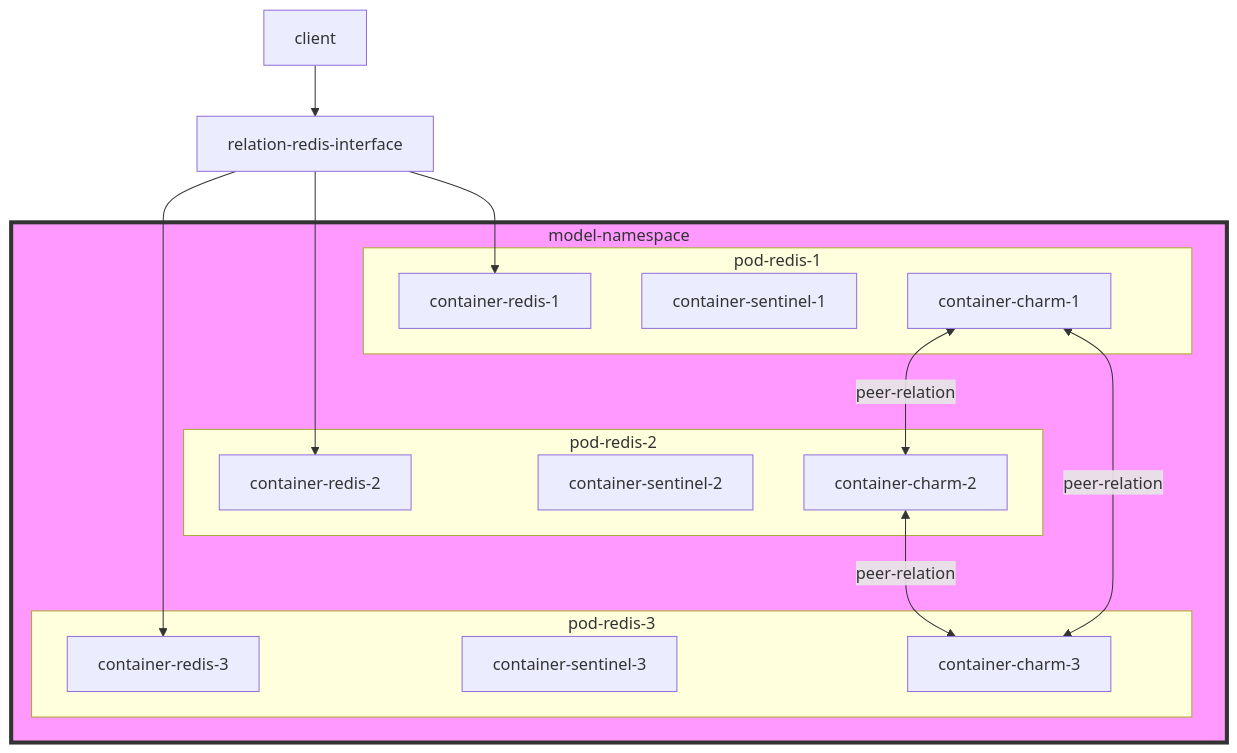
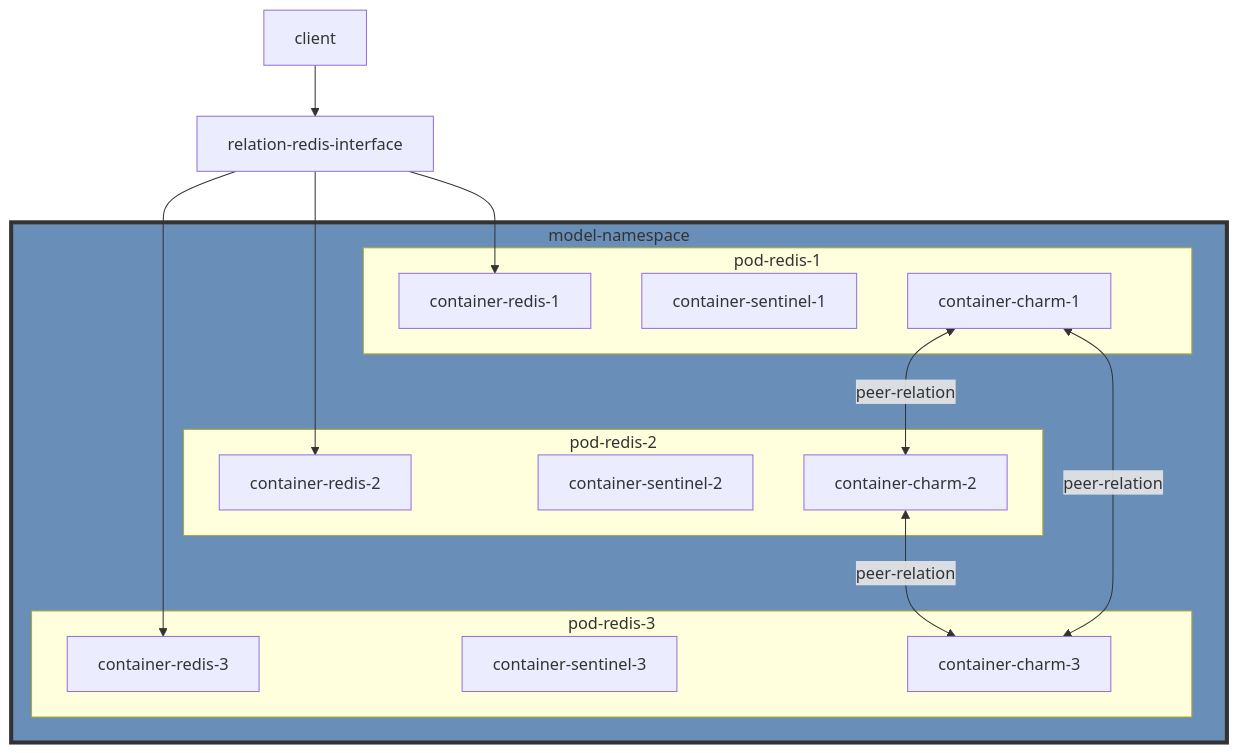
Before and after one commit to jneo8/juju-guides: the third of 3 diagrams in tutorial-operator-charm/architecture.md, drawn with Mermaid. The commit also changed other lines of this file and 7 other files, not shown here.

````diff
--- a/tutorial-operator-charm/architecture.md
+++ b/tutorial-operator-charm/architecture.md
@@ -60,38 +60,38 @@
 ```mermaid
 flowchart TD
 
 client --> relation-redis-interface
 relation-redis-interface --> container-redis-1
 relation-redis-interface --> container-redis-2
 relation-redis-interface --> container-redis-3
 
-style model-namespace fill:#f9f,stroke:#333,stroke-width:4px
+style model-namespace fill:#698FB8,stroke:#333,stroke-width:4px
 
 subgraph model-namespace
 pod-redis-1
 pod-redis-2
 pod-redis-3
 end
 
 subgraph pod-redis-1
 container-redis-1
 container-sentinel-1
 container-charm-1
 end
 
 subgraph pod-redis-2
 container-redis-2
 container-sentinel-2
 container-charm-2
 end
 
 subgraph pod-redis-3
 container-redis-3
 container-sentinel-3
 container-charm-3
 end
 
 container-charm-1 <--peer-relation--> container-charm-2
 container-charm-1 <--peer-relation--> container-charm-3
 container-charm-2 <--peer-relation--> container-charm-3
 ```
````
